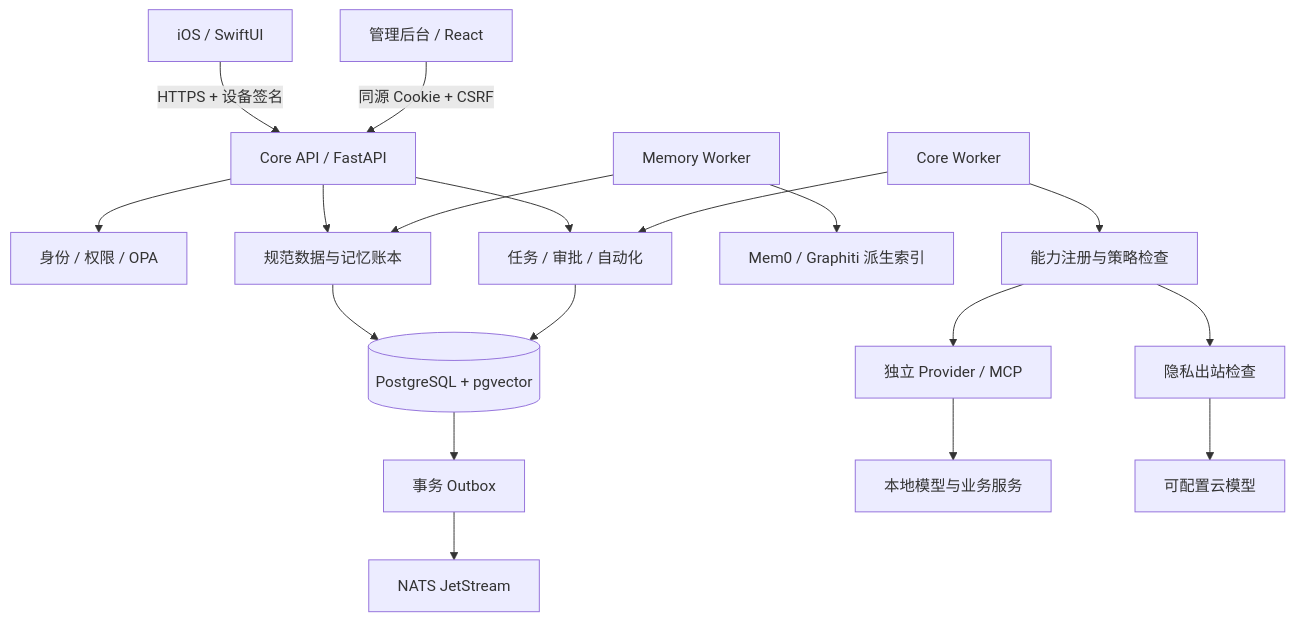
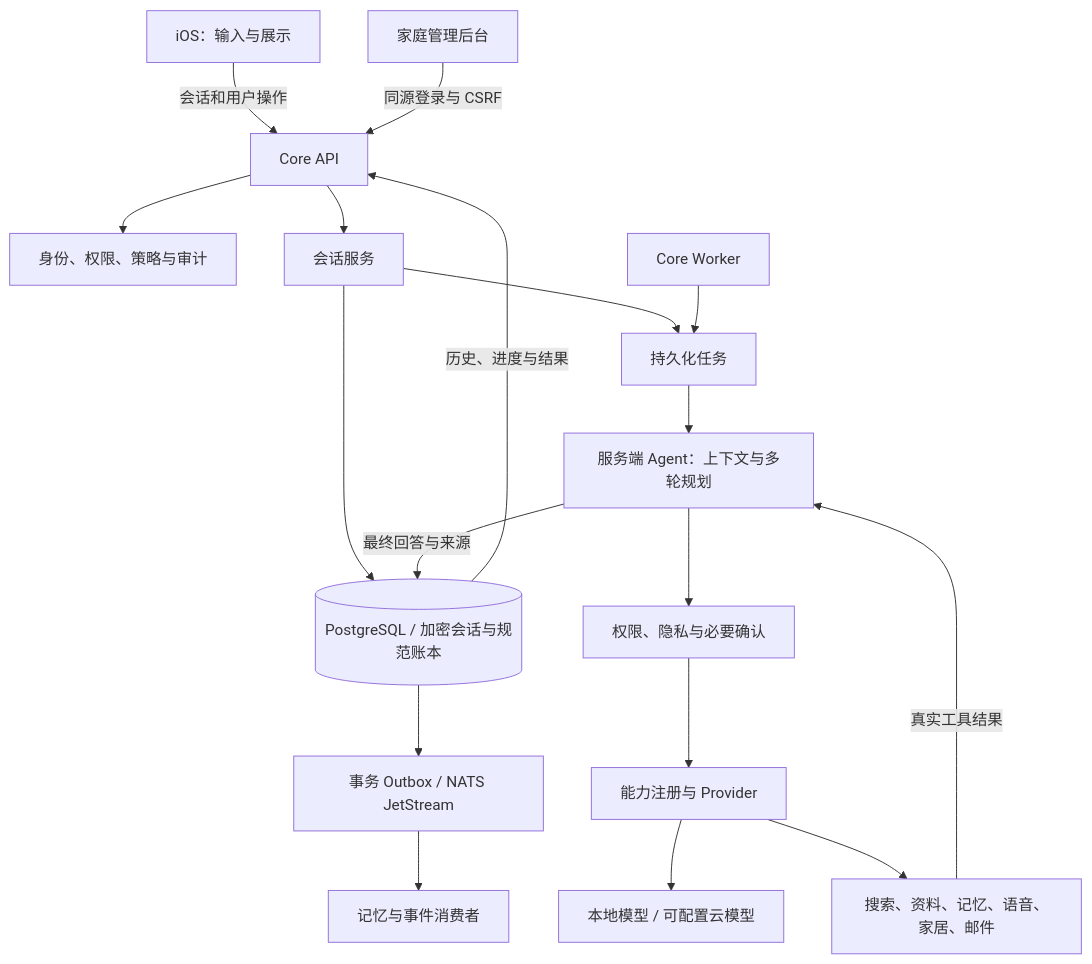
One commit to MR-MaoJiu/home-ai-os changed the first of 2 diagrams in README.md. Above: the diagram before and after it, drawn with Mermaid. The commit also changed other lines of this file and 31 other files, not shown here.

Commit message:
feat: persist conversations and orchestrate chat tools on server

````diff
--- a/README.md
+++ b/README.md
@@ -20,20 +25,20 @@
 ```mermaid
 flowchart TB
-    IOS[iOS / SwiftUI] -->|HTTPS + 设备签名| API[Core API / FastAPI]
-    WEB[管理后台 / React] -->|同源 Cookie + CSRF| API
-    API --> AUTH[身份 / 权限 / OPA]
-    API --> LEDGER[规范数据与记忆账本]
-    API --> TASK[任务 / 审批 / 自动化]
-    LEDGER --> PG[(PostgreSQL + pgvector)]
-    TASK --> PG
-    PG --> OUTBOX[事务 Outbox]
-    OUTBOX --> NATS[NATS JetStream]
+    IOS[iOS：输入与展示] -->|会话和用户操作| API[Core API]
+    WEB[家庭管理后台] -->|同源登录与 CSRF| API
+    API --> AUTH[身份、权限、策略与审计]
+    API --> CHAT[会话服务]
+    CHAT --> DB[(PostgreSQL / 加密会话与规范账本)]
+    CHAT --> TASK[持久化任务]
     WORKER[Core Worker] --> TASK
-    MEMORY[Memory Worker] --> LEDGER
-    MEMORY --> INDEX[Mem0 / Graphiti 派生索引]
-    WORKER --> POLICY[能力注册与策略检查]
-    POLICY --> PROVIDER[独立 Provider / MCP]
-    PROVIDER --> LOCAL[本地模型与业务服务]
-    POLICY --> PRIVACY[隐私出站检查]
-    PRIVACY --> CLOUD[可配置云模型]
+    TASK --> AGENT[服务端 Agent：上下文与多轮规划]
+    AGENT --> POLICY[权限、隐私与必要确认]
+    POLICY --> CAP[能力注册与 Provider]
+    CAP --> MODEL[本地模型 / 可配置云模型]
+    CAP --> TOOLS[搜索、资料、记忆、语音、家居、邮件]
+    TOOLS -->|真实工具结果| AGENT
+    AGENT -->|最终回答与来源| DB
+    DB -->|历史、进度与结果| API
+    DB --> OUTBOX[事务 Outbox / NATS JetStream]
+    OUTBOX --> MEMORY[记忆与事件消费者]
 ```
````
